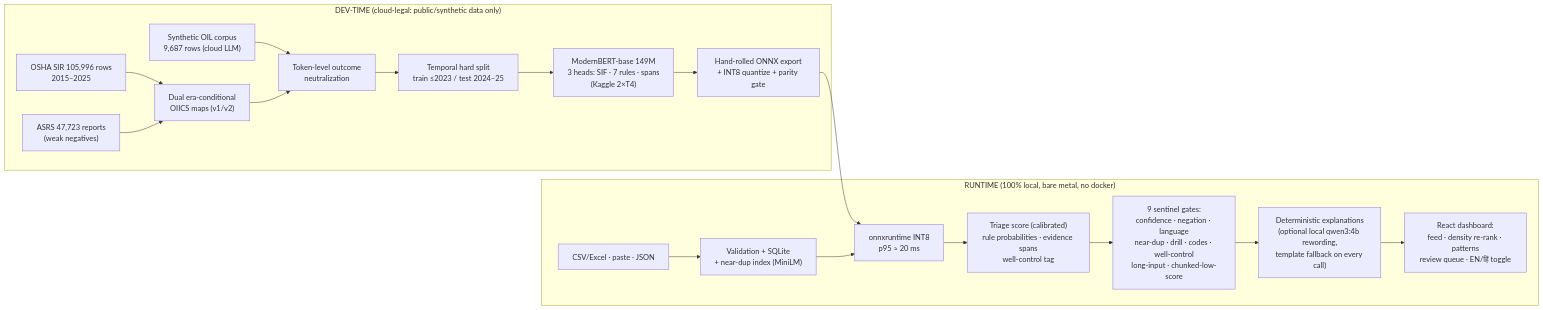
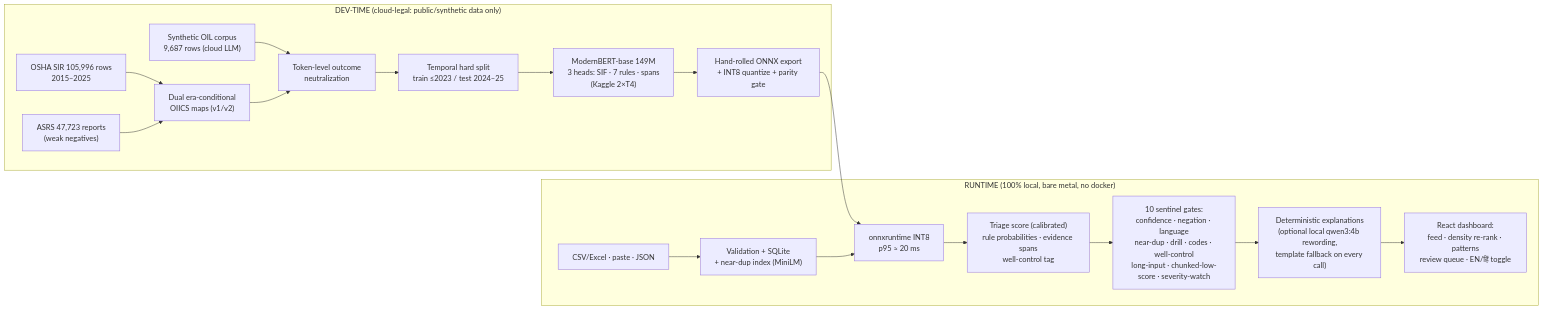
Before and after one commit to beakthoven/sif-triage: the diagram in README.md, drawn with Mermaid. The commit also changed 46 other files, not shown here.

````diff
--- a/README.md
+++ b/README.md
@@ -15,21 +15,21 @@
 ```mermaid
 flowchart LR
     subgraph DEV["DEV-TIME (cloud-legal: public/synthetic data only)"]
         A["OSHA SIR 105,996 rows<br/>2015–2025"] --> B["Dual era-conditional<br/>OIICS maps (v1/v2)"]
         C["ASRS 47,723 reports<br/>(weak negatives)"] --> B
         D["Synthetic OIL corpus<br/>9,687 rows (cloud LLM)"] --> E
         B --> E["Token-level outcome<br/>neutralization"]
         E --> F["Temporal hard split<br/>train ≤2023 / test 2024–25"]
         F --> G["ModernBERT-base 149M<br/>3 heads: SIF · 7 rules · spans<br/>(Kaggle 2×T4)"]
         G --> H["Hand-rolled ONNX export<br/>+ INT8 quantize + parity gate"]
     end
     subgraph RUN["RUNTIME (100% local, bare metal, no docker)"]
         I["CSV/Excel · paste · JSON"] --> J["Validation + SQLite<br/>+ near-dup index (MiniLM)"]
         H --> K["onnxruntime INT8<br/>p95 ≈ 20 ms"]
         J --> K
         K --> L["Triage score (calibrated)<br/>rule probabilities · evidence spans<br/>well-control tag"]
-        L --> M["9 sentinel gates:<br/>confidence · negation · language<br/>near-dup · drill · codes · well-control<br/>long-input · chunked-low-score"]
+        L --> M["10 sentinel gates:<br/>confidence · negation · language<br/>near-dup · drill · codes · well-control<br/>long-input · chunked-low-score · severity-watch"]
         M --> N["Deterministic explanations<br/>(optional local qwen3:4b rewording,<br/>template fallback on every call)"]
         N --> O["React dashboard:<br/>feed · density re-rank · patterns<br/>review queue · EN/हिं toggle"]
     end
 ```
````
